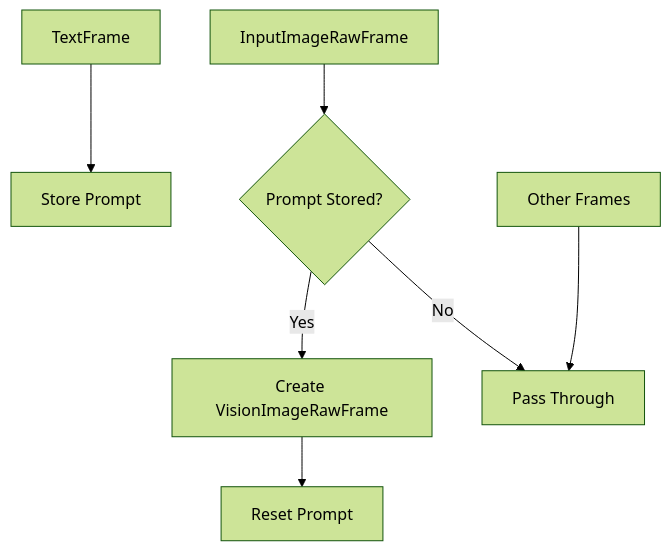
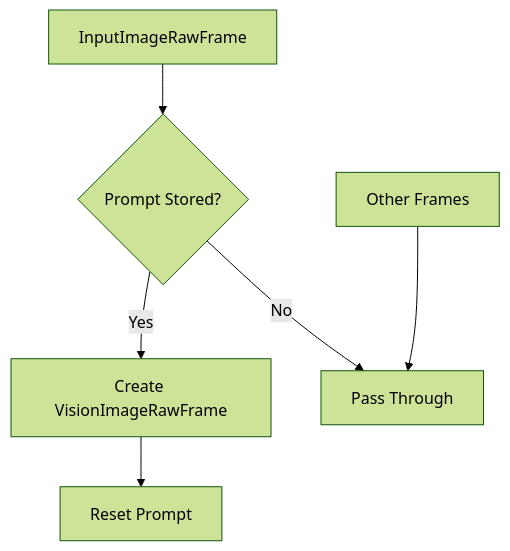
One commit to pipecat-ai/docs changed the second of 2 diagrams in api-reference/processors/aggregators/vision-image.mdx. Above: the diagram before and after it, drawn with Mermaid (forest theme). The commit also changed 13 other files, not shown here.

````diff
--- a/api-reference/processors/aggregators/vision-image.mdx
+++ b/api-reference/processors/aggregators/vision-image.mdx
@@ -95,9 +95,8 @@
 ```mermaid
 graph TD
-    A[TextFrame] --> B[Store Prompt]
     C[InputImageRawFrame] --> D{Prompt Stored?}
     D -->|Yes| E[Create VisionImageRawFrame]
     D -->|No| F[Pass Through]
     E --> G[Reset Prompt]
     H[Other Frames] --> F
 ```
````
